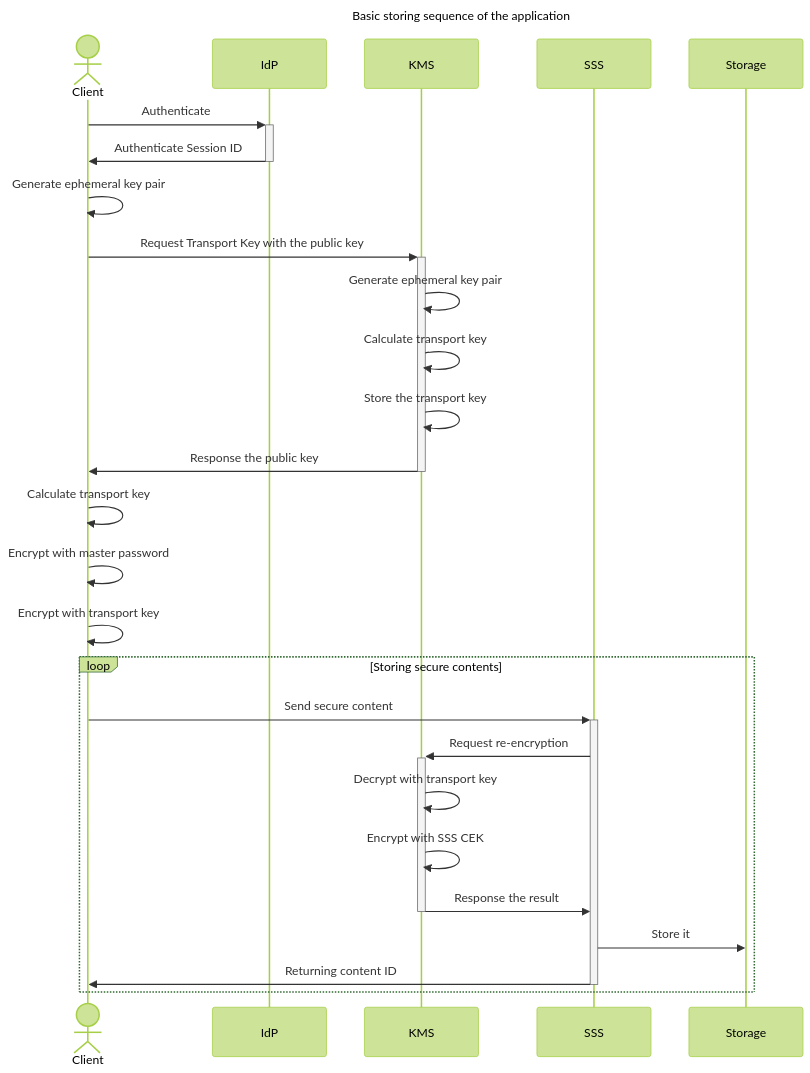
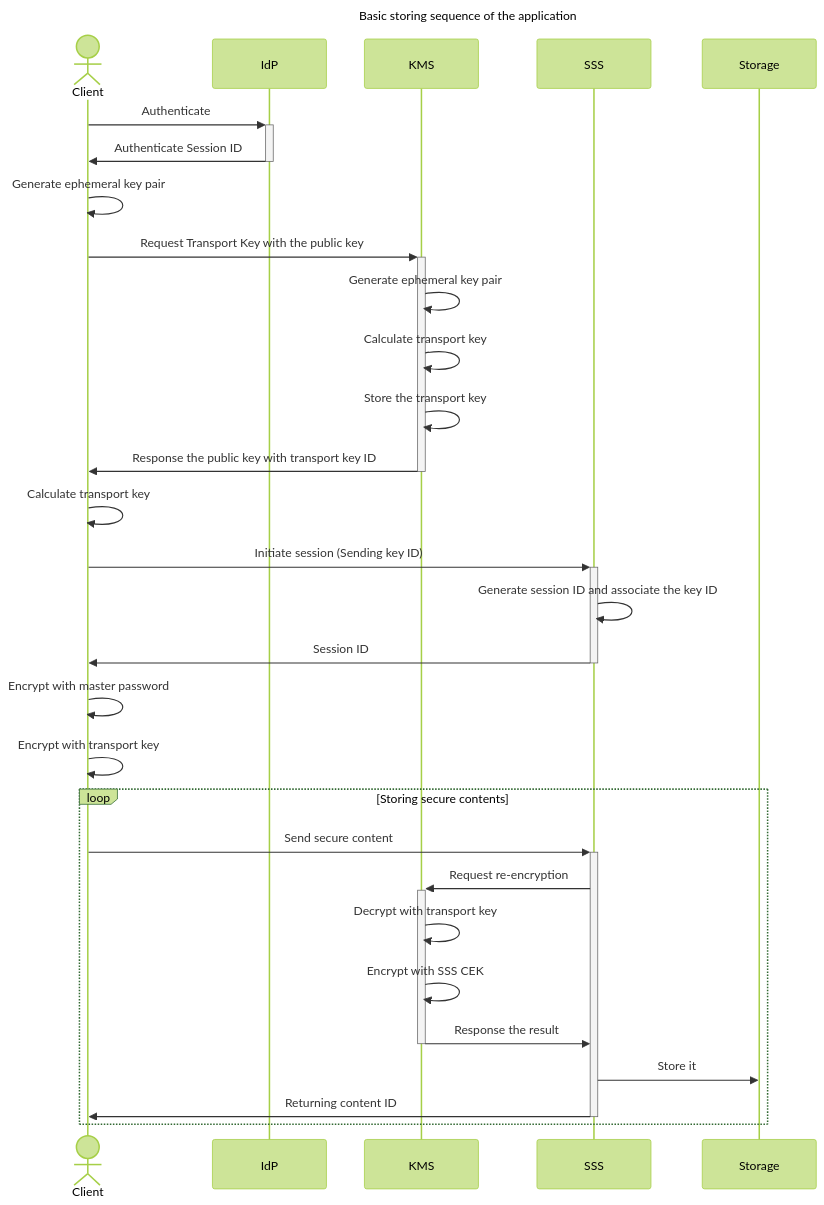
One commit to ktakashi/my-password-manager changed the first of 2 diagrams in book/sections/InitialSequence.md. Above: the diagram before and after it, drawn with Mermaid (forest theme). The commit also changed 6 other files, not shown here.

````diff
--- a/book/sections/InitialSequence.md
+++ b/book/sections/InitialSequence.md
@@ -17,25 +17,28 @@
 ```mermaid
 sequenceDiagram
 title Basic storing sequence of the application
 actor Client
 Client ->>+ IdP: Authenticate
 IdP ->>- Client: Authenticate Session ID
 Client ->> Client: Generate ephemeral key pair
 Client ->>+ KMS: Request Transport Key with the public key
 KMS ->> KMS: Generate ephemeral key pair
 KMS ->> KMS: Calculate transport key
 KMS ->> KMS: Store the transport key
-KMS ->>- Client: Response the public key
+KMS ->>- Client: Response the public key with transport key ID
 Client ->> Client: Calculate transport key
+Client ->>+ SSS: Initiate session (Sending key ID)
+SSS ->> SSS: Generate session ID and associate the key ID
+SSS ->>- Client: Session ID
 Client ->> Client: Encrypt with master password
 Client ->> Client: Encrypt with transport key
 loop Storing secure contents
   Client ->>+ SSS: Send secure content
   SSS ->>+ KMS: Request re-encryption
   KMS ->> KMS: Decrypt with transport key
   KMS ->> KMS: Encrypt with SSS CEK
   KMS ->>- SSS: Response the result
   SSS ->> Storage: Store it
   SSS ->>- Client: Returning content ID
 end
 ```
````
